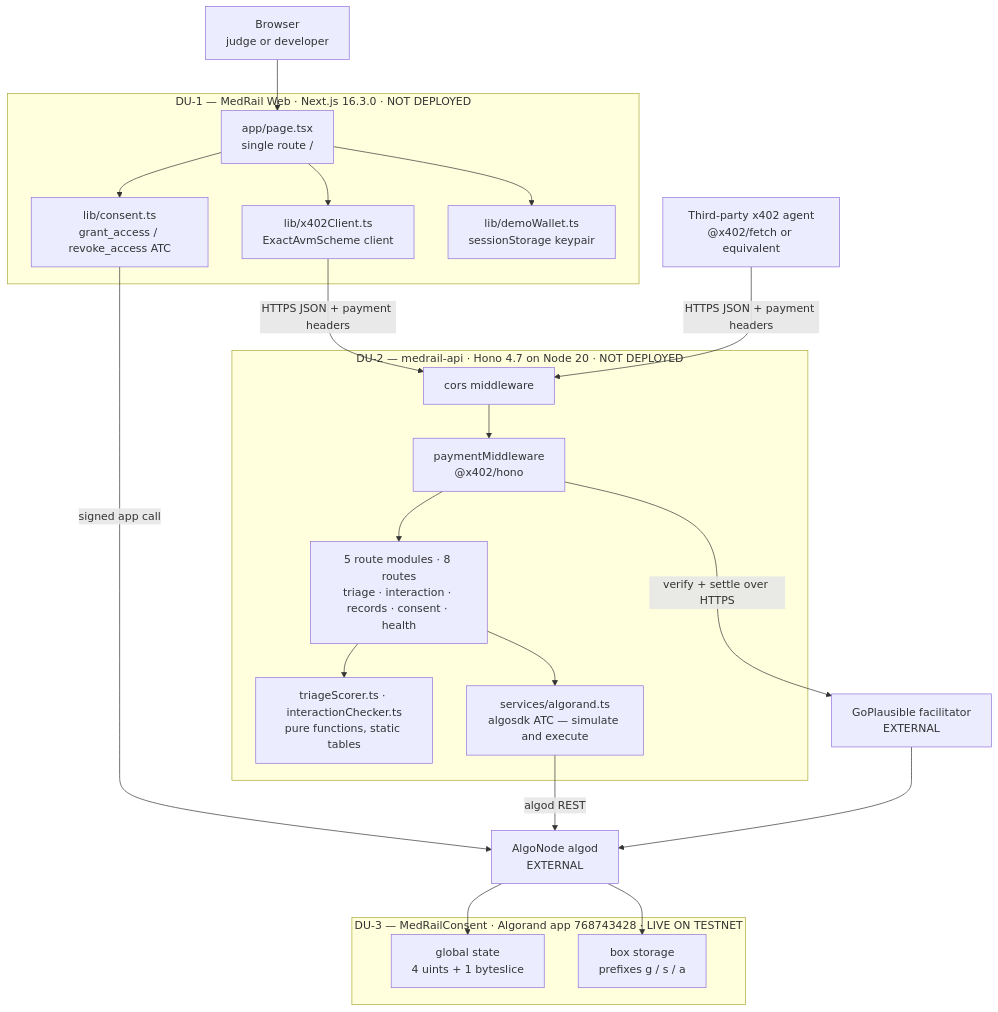
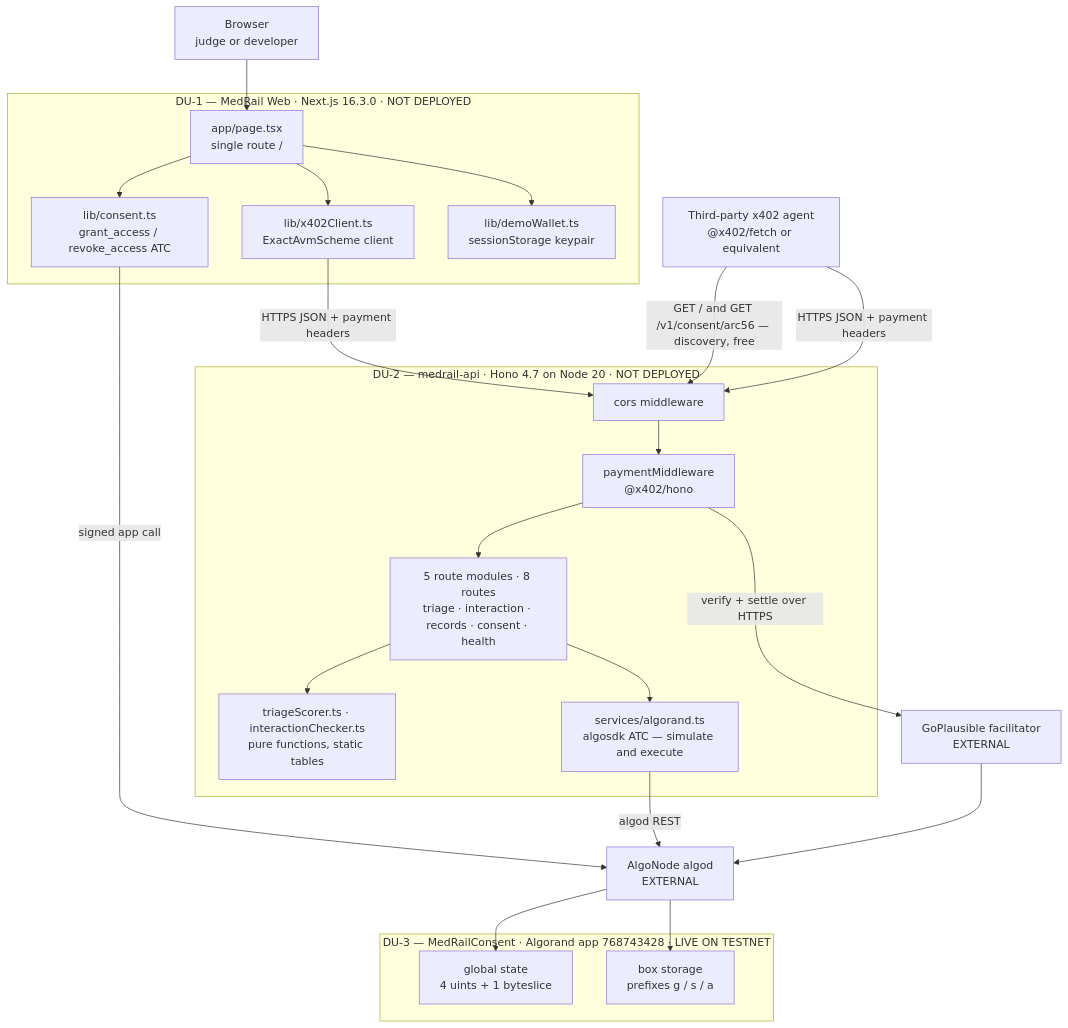
One commit to Hydra-Of-Malice/Medrail changed the second of 3 diagrams in docs/03_Architecture/System_Architecture.md. Above: the diagram before and after it, drawn with Mermaid. The commit also changed other lines of this file and 55 other files, not shown here.

````diff
--- a/docs/03_Architecture/System_Architecture.md
+++ b/docs/03_Architecture/System_Architecture.md
@@ -118,46 +146,47 @@
 ```mermaid
 flowchart TB
     Browser["Browser<br/>judge or developer"]
     Agent["Third-party x402 agent<br/>@x402/fetch or equivalent"]
 
     subgraph DU1["DU-1 — MedRail Web · Next.js 16.3.0 · NOT DEPLOYED"]
         Page["app/page.tsx<br/>single route /"]
         LibX402["lib/x402Client.ts<br/>ExactAvmScheme client"]
         LibConsent["lib/consent.ts<br/>grant_access / revoke_access ATC"]
         LibWallet["lib/demoWallet.ts<br/>sessionStorage keypair"]
     end
 
     subgraph DU2["DU-2 — medrail-api · Hono 4.7 on Node 20 · NOT DEPLOYED"]
         CORS["cors middleware"]
         Pay["paymentMiddleware<br/>@x402/hono"]
         Routes["5 route modules · 8 routes<br/>triage · interaction · records · consent · health"]
         Scorers["triageScorer.ts · interactionChecker.ts<br/>pure functions, static tables"]
         Algo["services/algorand.ts<br/>algosdk ATC — simulate and execute"]
     end
 
     subgraph DU3["DU-3 — MedRailConsent · Algorand app 768743428 · LIVE ON TESTNET"]
         Global["global state<br/>4 uints + 1 byteslice"]
         Boxes["box storage<br/>prefixes g / s / a"]
     end
 
     Facilitator["GoPlausible facilitator<br/>EXTERNAL"]
     Algod["AlgoNode algod<br/>EXTERNAL"]
 
     Browser --> Page
     Page --> LibX402
     Page --> LibConsent
     Page --> LibWallet
     LibX402 -->|"HTTPS JSON + payment headers"| CORS
     LibConsent -->|"signed app call"| Algod
+    Agent -->|"GET / and GET /v1/consent/arc56 — discovery, free"| CORS
     Agent -->|"HTTPS JSON + payment headers"| CORS
 
     CORS --> Pay
     Pay -->|"verify + settle over HTTPS"| Facilitator
     Pay --> Routes
     Routes --> Scorers
     Routes --> Algo
     Algo -->|"algod REST"| Algod
     Facilitator --> Algod
     Algod --> Global
     Algod --> Boxes
 ```
````
